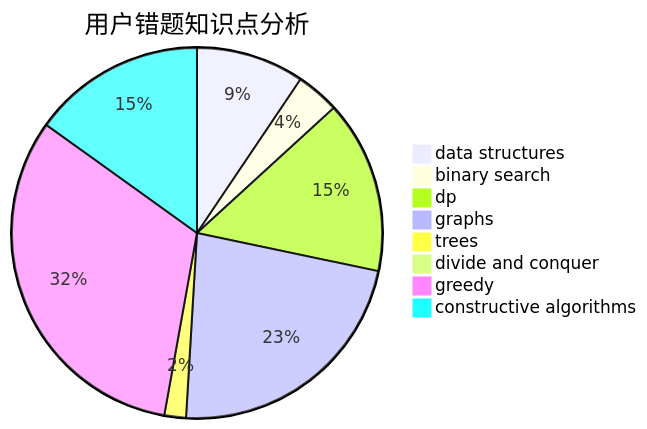
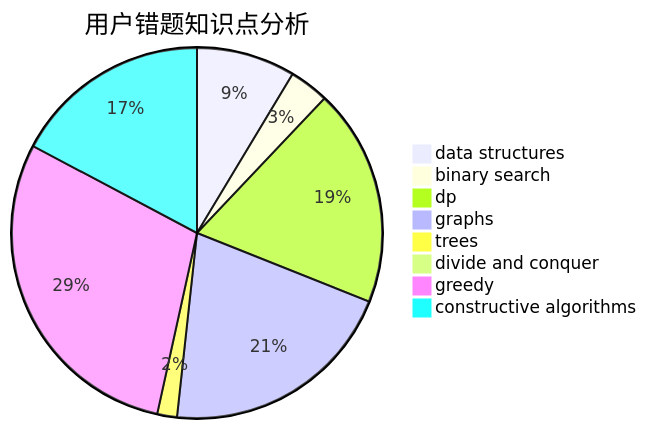
Before and after one commit to sherpahu/cfrs.github.io: the third of 3 diagrams in docs/user/u1236.md, drawn with Mermaid. The commit also changed other lines of this file and 2770 other files, not shown here.

````diff
--- a/docs/user/u1236.md
+++ b/docs/user/u1236.md
@@ -36,11 +36,11 @@
 ```mermaid
 pie title 用户错题知识点分析
     "data structures" :  5
     "binary search" :  2
-    "dp" :  8
+    "dp" :  11
     "graphs" :  12
     "trees" :  1
     "divide and conquer" :  0
     "greedy" :  17
-    "constructive algorithms" :  8
+    "constructive algorithms" :  10
 ```
````
